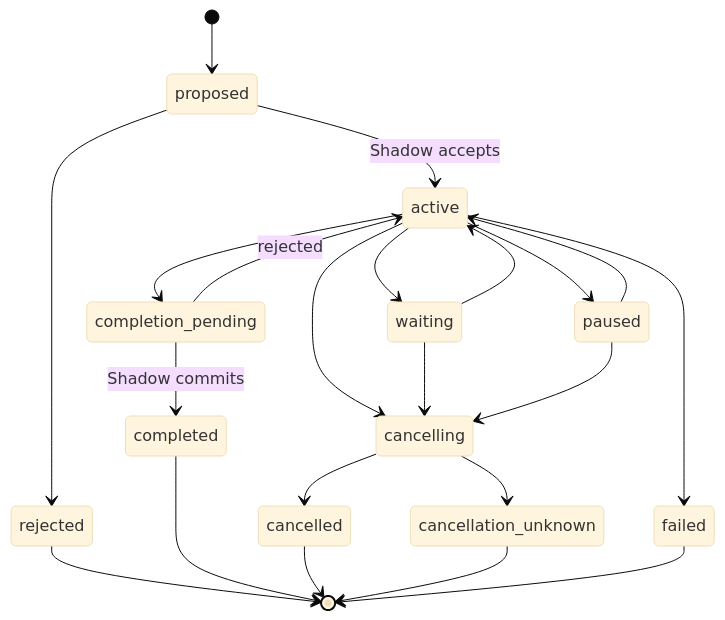
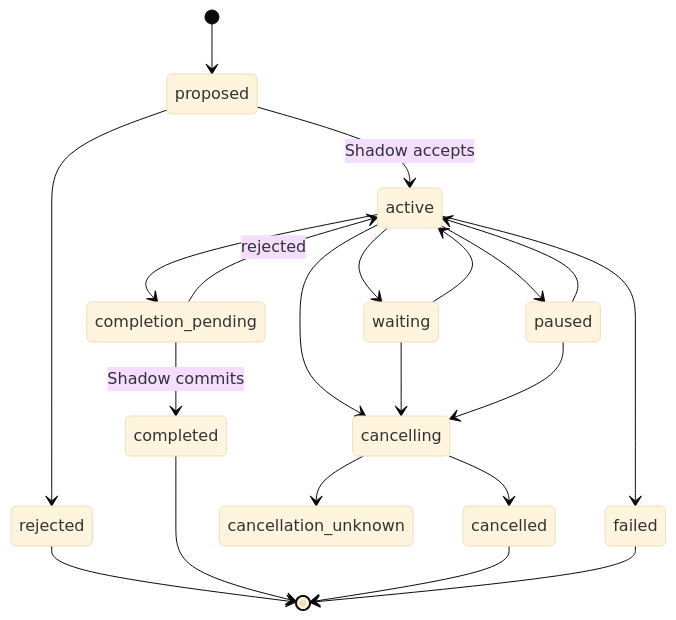
The fourth of 6 diagrams in docs/state-machines.md (wzw57/OpenShadow), drawn with Mermaid (base theme) before and after one commit. The commit also changed other lines of this file and 68 other files, not shown here.

```diff
--- a/docs/state-machines.md
+++ b/docs/state-machines.md
@@ -130,24 +138,23 @@
 ~~~mermaid
 stateDiagram-v2
     [*] --> proposed
     proposed --> active: Shadow accepts
     proposed --> rejected
     active --> waiting
     waiting --> active
     active --> paused
     paused --> active
     active --> completion_pending
     completion_pending --> completed: Shadow commits
     completion_pending --> active: rejected
     active --> cancelling
     waiting --> cancelling
     paused --> cancelling
     cancelling --> cancelled
     cancelling --> cancellation_unknown
     active --> failed
     rejected --> [*]
     completed --> [*]
     cancelled --> [*]
-    cancellation_unknown --> [*]
     failed --> [*]
 ~~~
```
